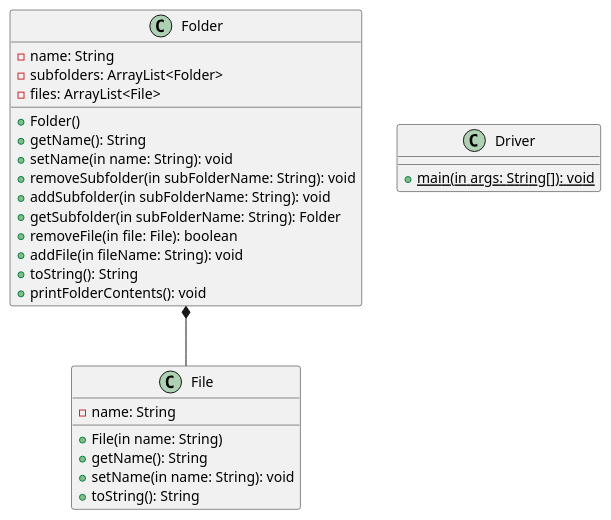
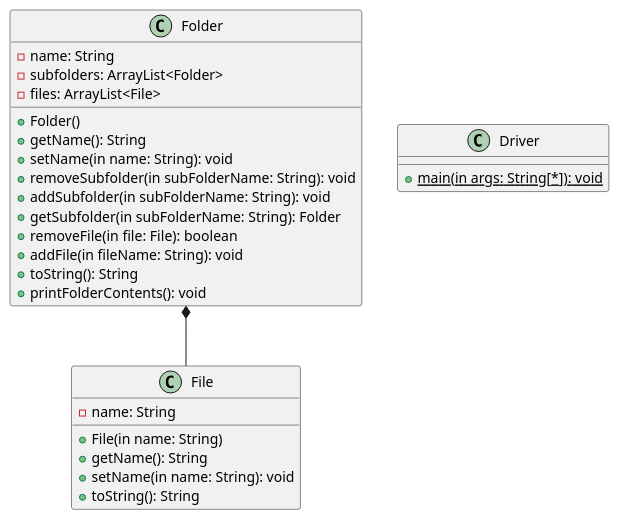
One commit to Simon-D-Nguyen/CS-4800HW3 changed the diagram in ClassDiagrams/Composition.puml. Above: the diagram before and after it, drawn with PlantUML. The commit also changed 3 other files, not shown here.

Commit message:
Fixed Driver arrows in all Object diagrams

```diff
--- a/ClassDiagrams/Composition.puml
+++ b/ClassDiagrams/Composition.puml
@@ -1,37 +1,37 @@
 @startuml
 'https://plantuml.com/class-diagram
 
 class File {
 - name: String
 
 + File(in name: String)
 + getName(): String
 + setName(in name: String): void
 + toString(): String
 }
 
 
 class Folder {
 - name: String
 - subfolders: ArrayList<Folder>
 - files: ArrayList<File>
 
 + Folder()
 + getName(): String
 + setName(in name: String): void
 + removeSubfolder(in subFolderName: String): void
 + addSubfolder(in subFolderName: String): void
 + getSubfolder(in subFolderName: String): Folder
 + removeFile(in file: File): boolean
 + addFile(in fileName: String): void
 + toString(): String
 + printFolderContents(): void
 }
 
 Folder *-- File
 
 class Driver {
-+ {static} main(in args: String[]): void
++ {static} main(in args: String[*]): void
 }
 
 @enduml
```
